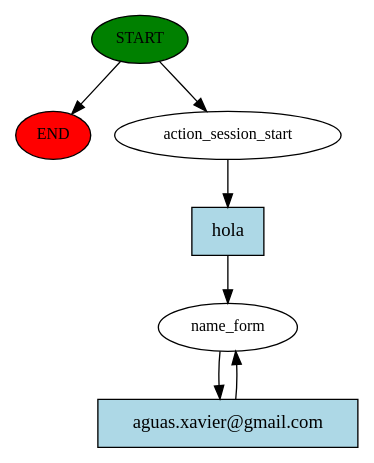
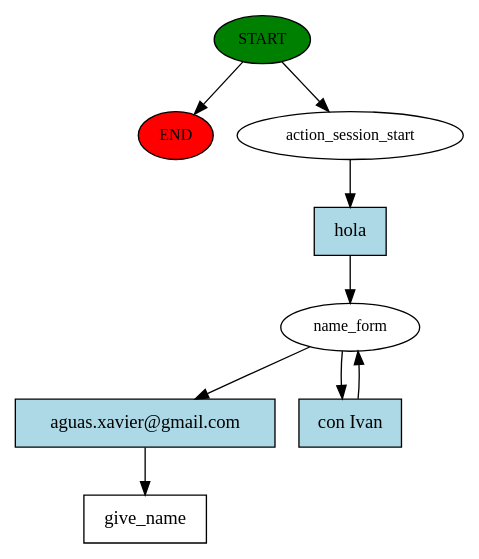
Before and after one commit to kabirivan/Ecommerce-Assistant-Jasmine: the diagram in story_graph.dot, drawn with Graphviz. The commit also changed 3 other files, not shown here.

```diff
--- a/story_graph.dot
+++ b/story_graph.dot
@@ -1,14 +1,18 @@
 digraph  {
 0 [class="start active", fillcolor=green, fontsize=12, label=START, style=filled];
 "-1" [class=end, fillcolor=red, fontsize=12, label=END, style=filled];
 1 [class=active, fontsize=12, label=action_session_start];
-2 [class="active dashed", fontsize=12, label=name_form];
+2 [class=active, fontsize=12, label=name_form];
+4 [class="intent dashed active", label=give_name, shape=rect];
 5 [class="intent active", fillcolor=lightblue, label=hola, shape=rect, style=filled];
 6 [class="intent active", fillcolor=lightblue, label="aguas.xavier@gmail.com", shape=rect, style=filled];
+7 [class="intent active", fillcolor=lightblue, label="con Ivan", shape=rect, style=filled];
 0 -> "-1"  [class="", key=NONE, label=""];
 0 -> 1  [class=active, key=NONE, label=""];
 1 -> 5  [class=active, key=0];
 2 -> 6  [class=active, key=0];
+2 -> 7  [class=active, key=0];
 5 -> 2  [class=active, key=0];
-6 -> 2  [class=active, key=0];
+6 -> 4  [class=active, key=0];
+7 -> 2  [class=active, key=0];
 }
```
